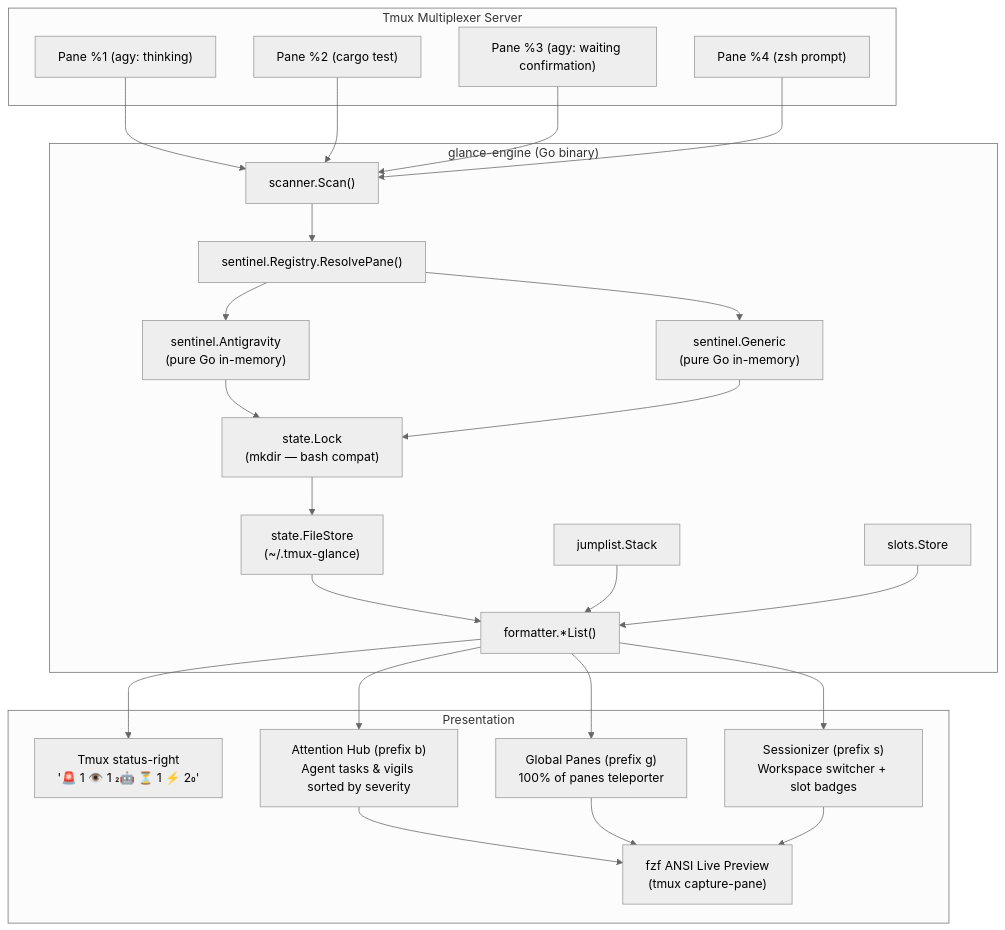
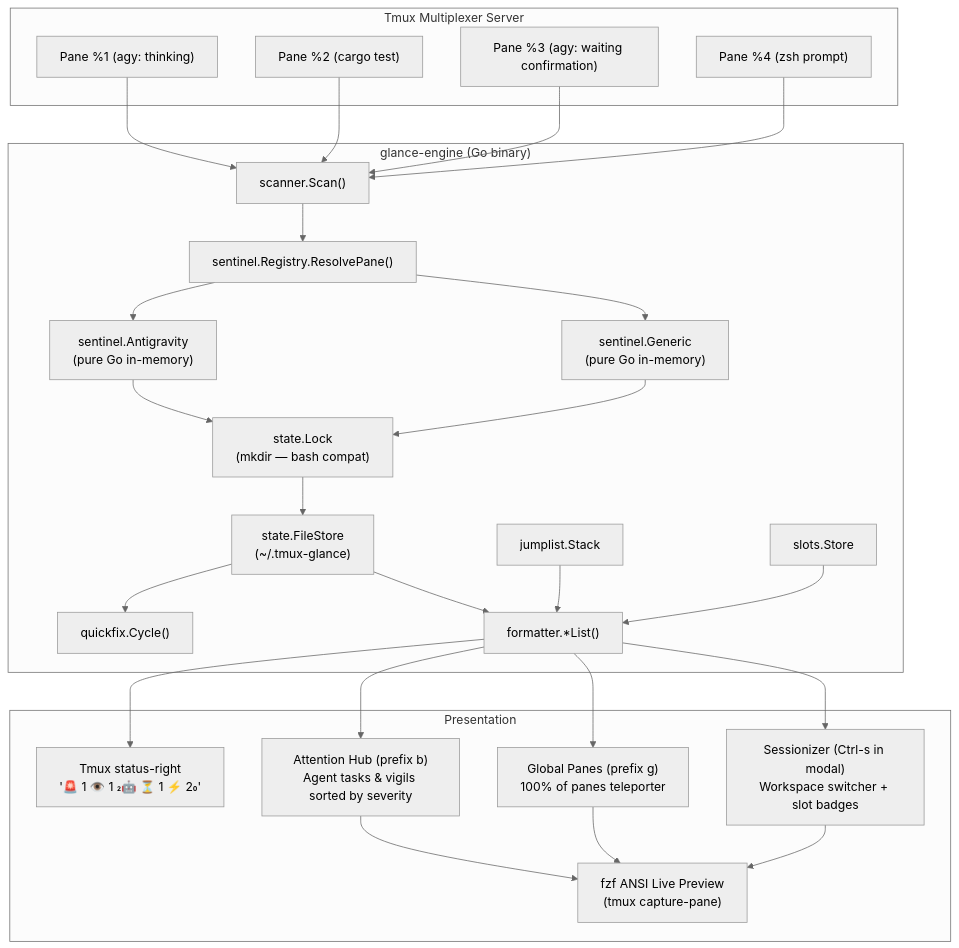
One commit to mhutchinson/tmux-glance changed the diagram in DESIGN.md. Above: the diagram before and after it, drawn with Mermaid (neutral theme). The commit also changed other lines of this file and 14 other files, not shown here.

````diff
--- a/DESIGN.md
+++ b/DESIGN.md
@@ -68,44 +69,46 @@
 ```mermaid
 flowchart TD
     subgraph Tmux Multiplexer Server
         P1["Pane %1 (agy: thinking)"]
         P2["Pane %2 (cargo test)"]
         P3["Pane %3 (agy: waiting confirmation)"]
         P4["Pane %4 (zsh prompt)"]
     end
 
     subgraph glance-engine ["glance-engine (Go binary)"]
         Scan["scanner.Scan()"]
         Router["sentinel.Registry.ResolvePane()"]
         S_AGY["sentinel.Antigravity\n(pure Go in-memory)"]
         S_GEN["sentinel.Generic\n(pure Go in-memory)"]
         Lock["state.Lock\n(mkdir — bash compat)"]
         State["state.FileStore\n(~/.tmux-glance)"]
         JL["jumplist.Stack"]
+        QF["quickfix.Cycle()"]
         Slots["slots.Store"]
         Fmt["formatter.*List()"]
     end
 
     subgraph Presentation
         Status["Tmux status-right\n'🚨 1  👁️ 1  🤖 ⏳ 1  ⚡ 2'"]
         Hub["Attention Hub (prefix b)\nAgent tasks & vigils sorted by severity"]
         Fleet["Global Panes (prefix g)\n100% of panes teleporter"]
-        Sessions["Sessionizer (prefix s)\nWorkspace switcher + slot badges"]
+        Sessions["Sessionizer (Ctrl-s in modal)\nWorkspace switcher + slot badges"]
         Preview["fzf ANSI Live Preview\n(tmux capture-pane)"]
     end
 
     P1 & P2 & P3 & P4 --> Scan
     Scan --> Router
     Router --> S_AGY
     Router --> S_GEN
     S_AGY & S_GEN --> Lock
     Lock --> State
     State --> Fmt
+    State --> QF
     Fmt --> Status
     Fmt --> Hub
     Fmt --> Fleet
     Fmt --> Sessions
     JL --> Fmt
     Slots --> Fmt
     Hub & Fleet & Sessions --> Preview
 ```
````
